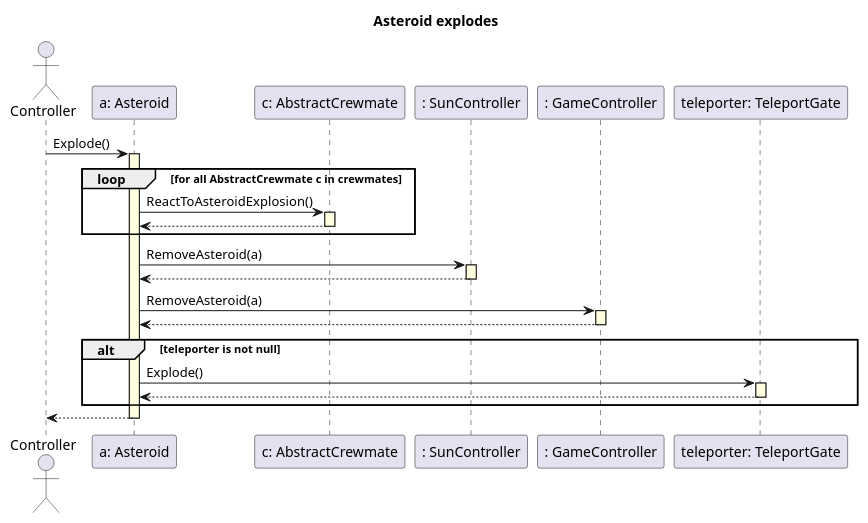
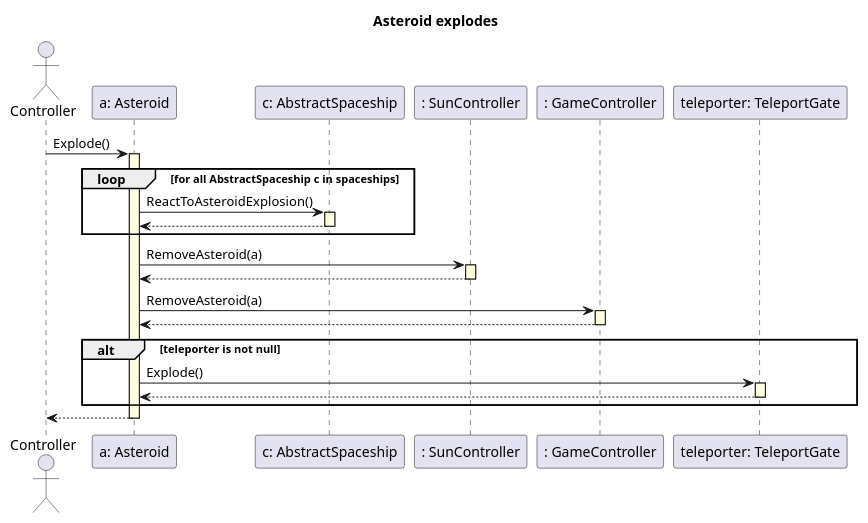
One commit to triszt4n/projlab_holy_oil changed the diagram in uml/original_seq_diagrams/explode_asteroid.plantuml. Above: the diagram before and after it, drawn with PlantUML. The commit also changed 36 other files, not shown here.

```diff
--- a/uml/original_seq_diagrams/explode_asteroid.plantuml
+++ b/uml/original_seq_diagrams/explode_asteroid.plantuml
@@ -1,37 +1,37 @@
 @startuml
 skinparam SequenceLifeLineBackgroundColor LightYellow
 
 title "Asteroid explodes"
 
 actor Controller as C
 
 participant "a: Asteroid" as a
-participant "c: AbstractCrewmate" as r
+participant "c: AbstractSpaceship" as r
 participant ": SunController" as sun
 participant ": GameController" as game
 participant "teleporter: TeleportGate" as tport
 
 C -> a ++ : Explode()
 
-loop for all AbstractCrewmate c in crewmates
+loop for all AbstractSpaceship c in spaceships
     a -> r ++ : ReactToAsteroidExplosion()
     r --> a --
 end
 
 a -> sun ++ : RemoveAsteroid(a)
 sun --> a --
 
 a -> game ++ : RemoveAsteroid(a)
 game --> a --
 
 alt teleporter is not null
 
     a -> tport ++ : Explode()
 
     tport --> a --
 
 end
 
 a --> C --
 
 @enduml
```
